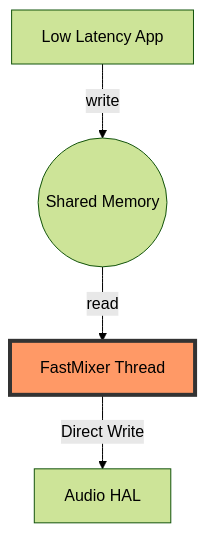
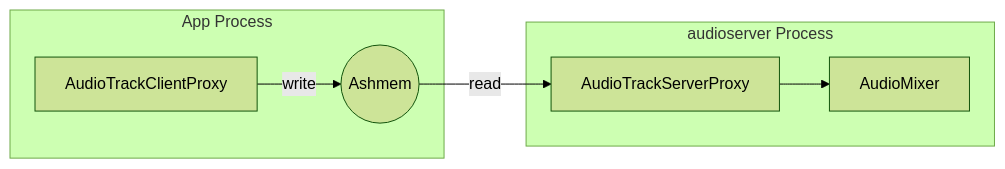
One commit to yanglinzhen1022/awesome-audio-knowledge changed the diagram in 04-Android-Audio-Stack/04-AudioFlinger/README.md. Above: the diagram before and after it, drawn with Mermaid (forest theme). The commit also changed other lines of this file and 1 other file, not shown here.

Commit message:
docs: overhaul AudioFlinger and AudioPolicy with deep-dive technical details and professional insights

````diff
--- a/04-Android-Audio-Stack/04-AudioFlinger/README.md
+++ b/04-Android-Audio-Stack/04-AudioFlinger/README.md
@@ -64,8 +67,10 @@
 ```mermaid
-graph TD
-    App[Low Latency App] -- write --> SM((Shared Memory))
-    SM -- read --> FM[FastMixer Thread]
-    FM -- Direct Write --> HAL[Audio HAL]
-    
-    style FM fill:#f96,stroke:#333,stroke-width:4px
+graph LR
+    subgraph "App Process"
+        Client[AudioTrackClientProxy] -- write --> SM((Ashmem))
+    end
+    subgraph "audioserver Process"
+        SM -- read --> Server[AudioTrackServerProxy]
+        Server --> Mixer[AudioMixer]
+    end
 ```
````
